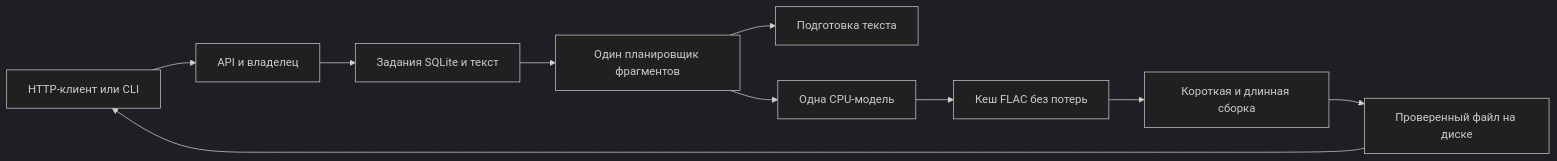
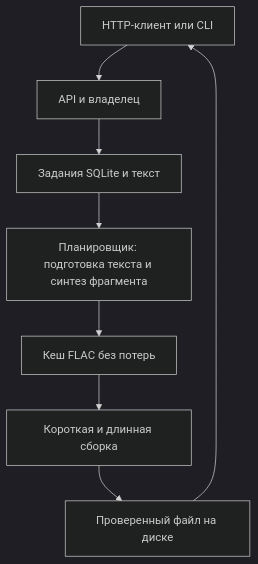
Before and after one commit to Krablante/silero-tts-bridge: the diagram in docs/ru/development.md, drawn with Mermaid (dark theme). The commit also changed 3 other files, not shown here.

Commit message:
docs: keep examples and architecture readable on GitHub

````diff
--- a/docs/ru/development.md
+++ b/docs/ru/development.md
@@ -7,12 +7,10 @@
 ```mermaid
-flowchart LR
+flowchart TD
     C[HTTP-клиент или CLI] --> A[API и владелец]
     A --> S[Задания SQLite и текст]
-    S --> W[Один планировщик фрагментов]
-    W --> T[Подготовка текста]
-    W --> M[Одна CPU-модель]
-    M --> F[Кеш FLAC без потерь]
+    S --> W[Планировщик: подготовка текста и синтез фрагмента]
+    W --> F[Кеш FLAC без потерь]
     F --> E[Короткая и длинная сборка]
     E --> R[Проверенный файл на диске]
     R --> C
 ```
````
